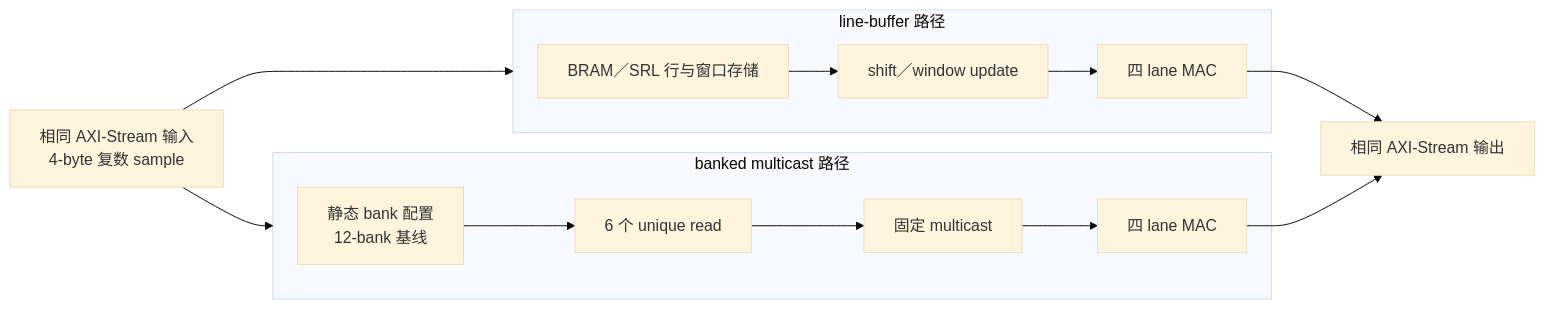
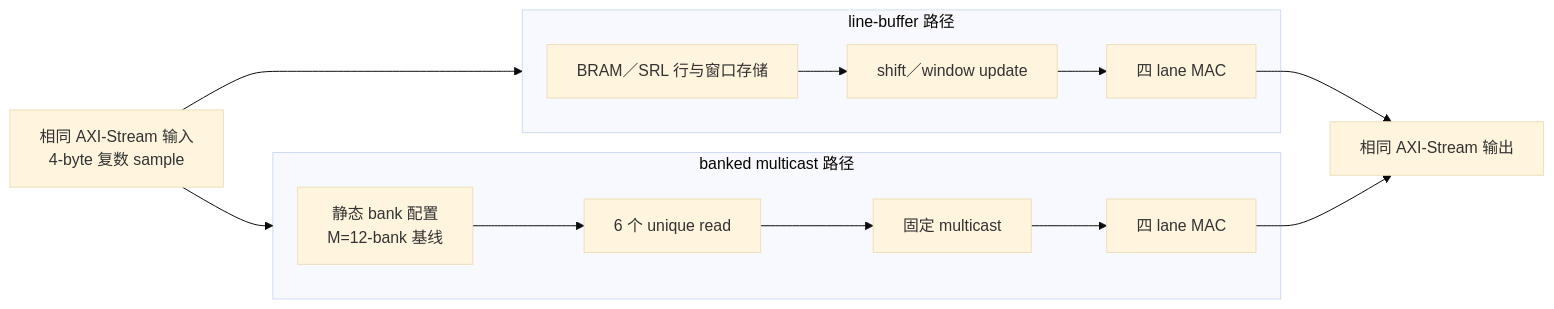
One commit to HN19781124/banked-stencil-multicast changed the diagram in docs/concepts/fpga-linebuffer-comparison.zh-Hans.md. Above: the diagram before and after it, drawn with Mermaid (base theme). The commit also changed other lines of this file and 36 other files, not shown here.

```diff
--- a/docs/concepts/fpga-linebuffer-comparison.zh-Hans.md
+++ b/docs/concepts/fpga-linebuffer-comparison.zh-Hans.md
@@ -11,20 +12,20 @@
 ~~~mermaid
 flowchart LR
     IN["相同 AXI-Stream 输入<br/>4-byte 复数 sample"] --> LB
     IN --> BM
     subgraph LB["line-buffer 路径"]
         LB0["BRAM／SRL 行与窗口存储"]
         LB1["shift／window update"]
         LB2["四 lane MAC"]
         LB0 --> LB1 --> LB2
     end
     subgraph BM["banked multicast 路径"]
-        BM0["静态 bank 配置<br/>12-bank 基线"]
+        BM0["静态 bank 配置<br/>M=12-bank 基线"]
         BM1["6 个 unique read"]
         BM2["固定 multicast"]
         BM3["四 lane MAC"]
         BM0 --> BM1 --> BM2 --> BM3
     end
     LB2 --> OUT["相同 AXI-Stream 输出"]
     BM3 --> OUT
 ~~~
```
